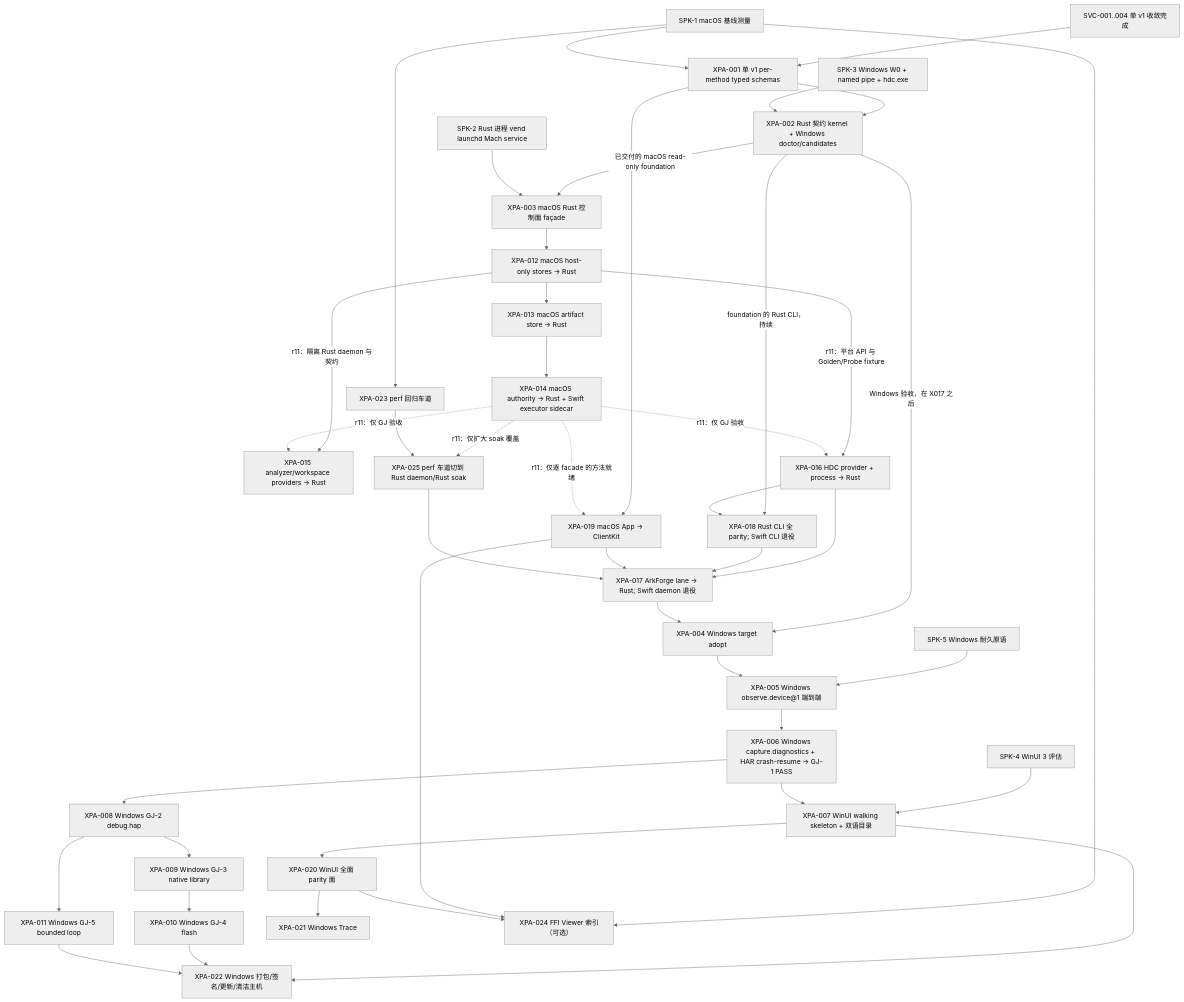
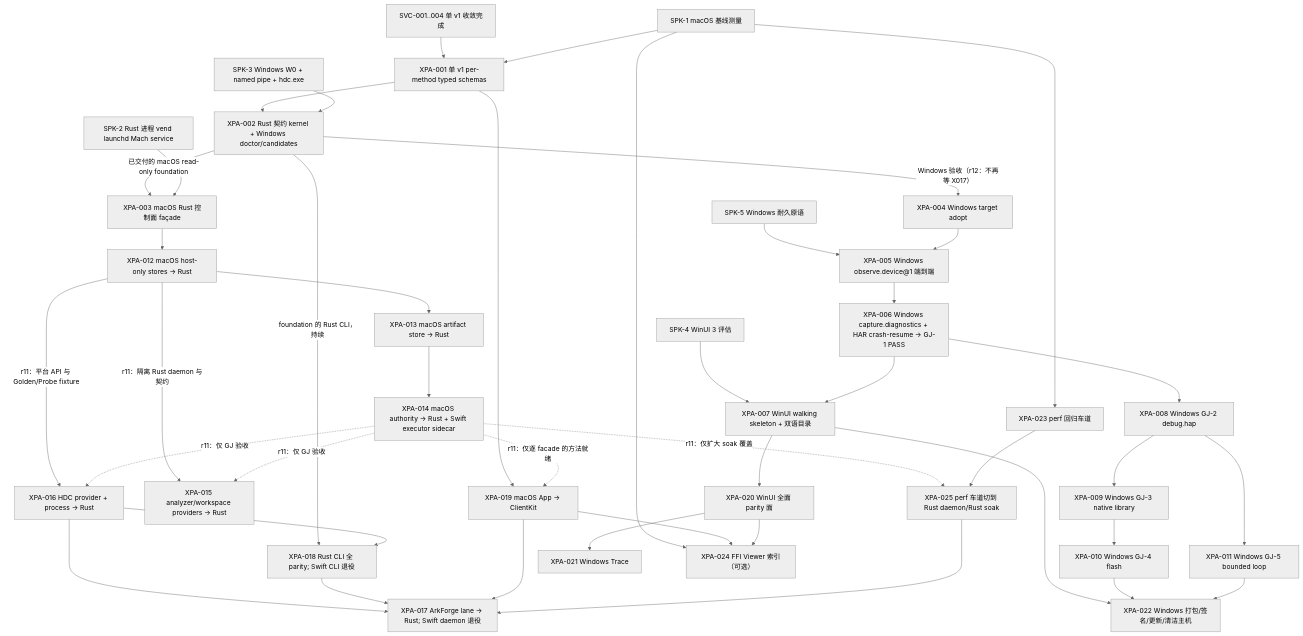
The fifth of 5 diagrams in docs/design/cross-platform/rust-core-cross-platform-architecture.md (ArkDeck/ArkDeck), drawn with Mermaid (neutral theme) before and after one commit. The commit also changed other lines of this file and 7 other files, not shown here.

````diff
--- a/docs/design/cross-platform/rust-core-cross-platform-architecture.md
+++ b/docs/design/cross-platform/rust-core-cross-platform-architecture.md
@@ -738,71 +738,71 @@
 ```mermaid
 flowchart TD
   SPK1[SPK-1 macOS 基线测量]
   SPK2[SPK-2 Rust 进程 vend launchd Mach service]
   SPK3[SPK-3 Windows W0 + named pipe + hdc.exe]
   SPK4[SPK-4 WinUI 3 评估]
   SPK5[SPK-5 Windows 耐久原语]
   SVC[SVC-001..004 单 v1 收敛完成]
   X001[XPA-001 单 v1 per-method typed schemas]
   SVC --> X001
   X002[XPA-002 Rust 契约 kernel + Windows doctor/candidates]
   X003[XPA-003 macOS Rust 控制面 façade]
   X004[XPA-004 Windows target adopt]
   X005[XPA-005 Windows observe.device@1 端到端]
   X006[XPA-006 Windows capture.diagnostics + HAR crash-resume → GJ-1 PASS]
   X007[XPA-007 WinUI walking skeleton + 双语目录]
   X008[XPA-008 Windows GJ-2 debug.hap]
   X009[XPA-009 Windows GJ-3 native library]
   X010[XPA-010 Windows GJ-4 flash]
   X011[XPA-011 Windows GJ-5 bounded loop]
   X012[XPA-012 macOS host-only stores → Rust]
   X013[XPA-013 macOS artifact store → Rust]
   X014[XPA-014 macOS authority → Rust + Swift executor sidecar]
   X015[XPA-015 analyzer/workspace providers → Rust]
   X016[XPA-016 HDC provider + process → Rust]
   X017[XPA-017 ArkForge lane → Rust; Swift daemon 退役]
   X018[XPA-018 Rust CLI 全 parity; Swift CLI 退役]
   X019[XPA-019 macOS App → ClientKit]
   X020[XPA-020 WinUI 全面 parity 面]
   X021[XPA-021 Windows Trace]
   X022[XPA-022 Windows 打包/签名/更新/清洁主机]
   X023[XPA-023 perf 回归车道]
   X024[XPA-024 FFI Viewer 索引（可选）]
   X025[XPA-025 perf 车道切到 Rust daemon/Rust soak]
   SPK1 --> X023
   SPK1 --> X001
   X001 --> X002
   SPK3 --> X002
   SPK5 --> X005
   X002 -->|已交付的 macOS read-only foundation| X003
   SPK2 --> X003
-  X002 -->|Windows 验收，在 X017 之后| X004 --> X005 --> X006
-  X017 --> X004
+  X002 -->|Windows 验收（r12：不再等 X017）| X004 --> X005 --> X006
+  %% r12: the X017 --> X004 edge of r8 is removed; the Windows phase runs beside the macOS phase A
   SPK4 --> X007
   X006 --> X007
   X006 --> X008 --> X009 --> X010
   X008 --> X011
   X003 --> X012 --> X013 --> X014
   X012 -->|r11：隔离 Rust daemon 与契约| X015
   X012 -->|r11：平台 API 与 Golden/Probe fixture| X016
   X014 -.->|r11：仅 GJ 验收| X015
   X014 -.->|r11：仅 GJ 验收| X016
   X016 --> X017
   X018 --> X017
   X019 --> X017
   X002 -->|foundation 的 Rust CLI，持续| X018
   X016 --> X018
   X001 --> X019
   X014 -.->|r11：仅逐 facade 的方法就绪| X019
   X007 --> X020
   X020 --> X021
   X007 --> X022
   X010 --> X022
   X011 --> X022
   SPK1 --> X024
   X019 --> X024
   X020 --> X024
   X014 -.->|r11：仅扩大 soak 覆盖| X025
   X023 --> X025
   X025 --> X017
 ```
````
